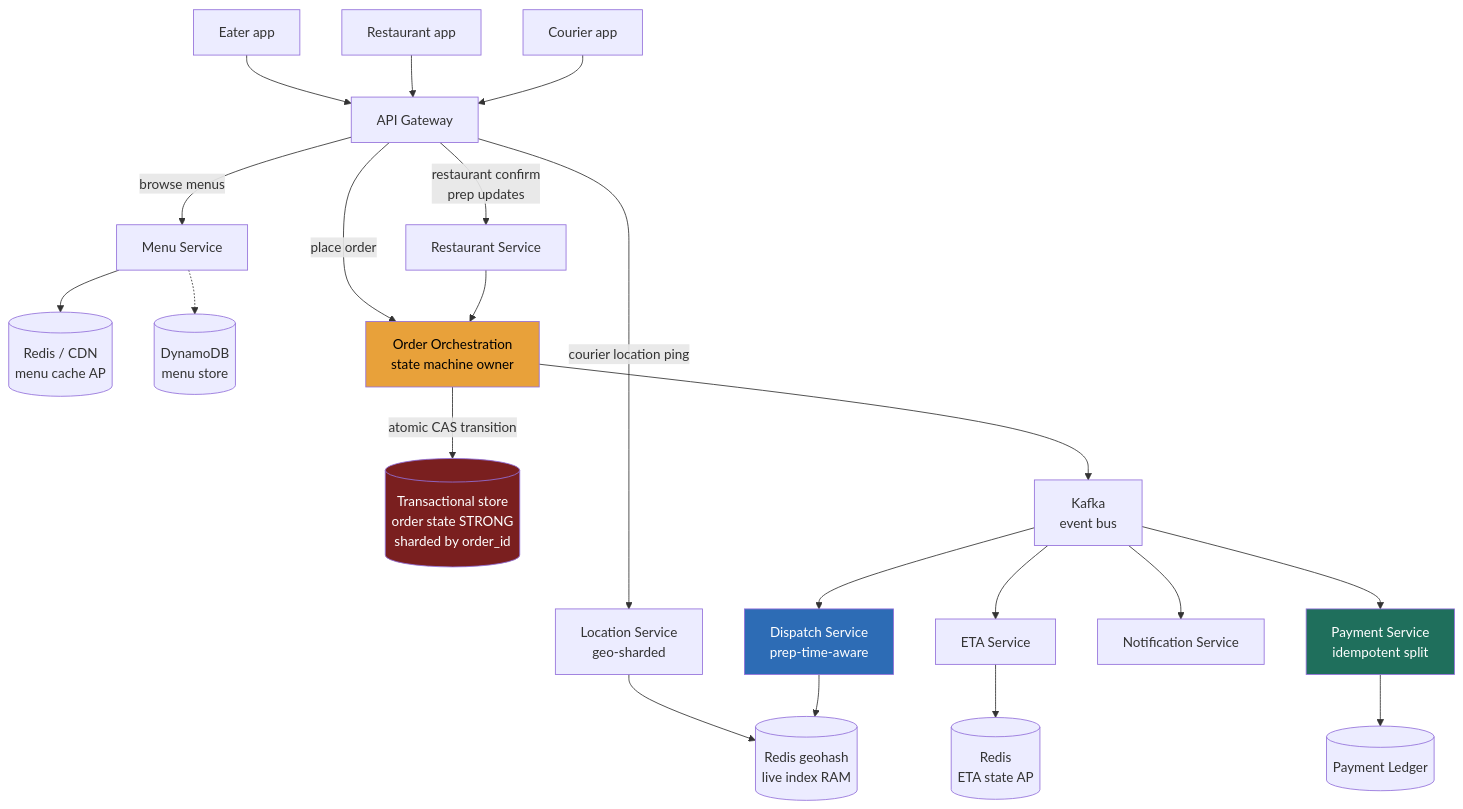
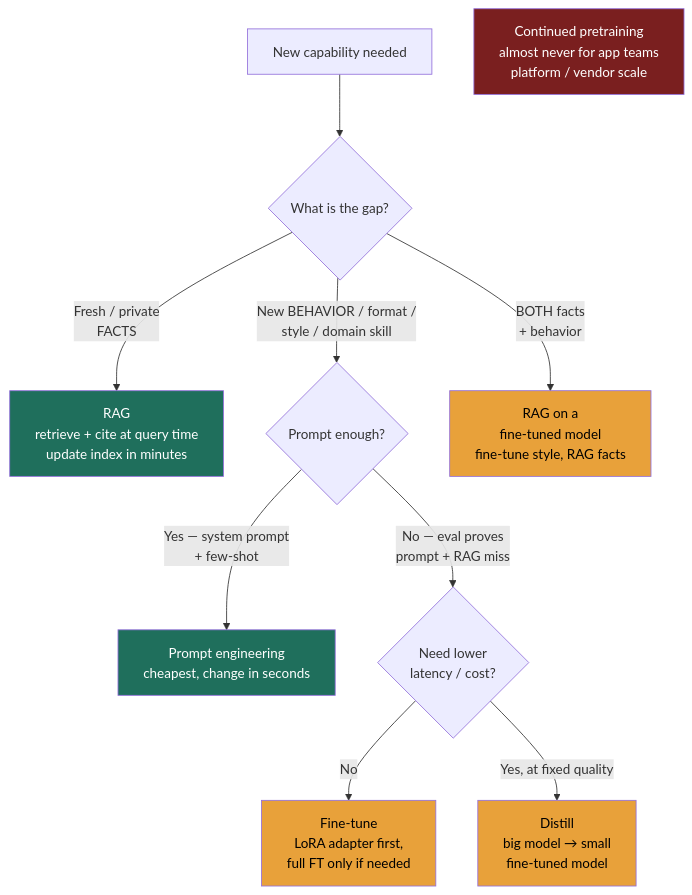
Before and after one commit to hkrathore/sysdesign-course: the diagram in src/content/docs/module-9/lesson-9-5.md, drawn with Mermaid. The commit also changed other lines of this file and 164 other files, not shown here.

````diff
--- a/src/content/docs/module-9/lesson-9-5.md
+++ b/src/content/docs/module-9/lesson-9-5.md
@@ -126,34 +67,23 @@
 ```mermaid
-flowchart TB
-    EATER["Eater app"] --> GW["API Gateway"]
-    REST_APP["Restaurant app"] --> GW
-    COURIER_APP["Courier app"] --> GW
+flowchart TD
+    START[New capability needed] --> Q1{What is the gap?}
 
-    GW -->|"browse menus"| MENU["Menu Service"]
-    MENU --> MENU_CACHE[("Redis / CDN<br/>menu cache AP")]
-    MENU -.-> MENU_DB[("DynamoDB<br/>menu store")]
+    Q1 -->|Fresh / private<br/>FACTS| RAG["RAG<br/>retrieve + cite at query time<br/>update index in minutes"]
+    Q1 -->|New BEHAVIOR / format /<br/>style / domain skill| Q2{Prompt enough?}
+    Q1 -->|BOTH facts<br/>+ behavior| BOTH["RAG on a<br/>fine-tuned model<br/>fine-tune style, RAG facts"]
 
-    GW -->|"place order"| ORCH["Order Orchestration<br/>state machine owner"]
-    ORCH -->|"atomic CAS transition"| ORDER_DB[("Transactional store<br/>order state STRONG<br/>sharded by order_id")]
-    ORCH --> BUS["Kafka<br/>event bus"]
+    Q2 -->|Yes — system prompt<br/>+ few-shot| PROMPT["Prompt engineering<br/>cheapest, change in seconds"]
+    Q2 -->|No — eval proves<br/>prompt + RAG miss| FT{Need lower<br/>latency / cost?}
 
-    GW -->|"restaurant confirm<br/>prep updates"| REST_SVC["Restaurant Service"]
-    REST_SVC --> ORCH
+    FT -->|No| LORA["Fine-tune<br/>LoRA adapter first,<br/>full FT only if needed"]
+    FT -->|Yes, at fixed quality| DISTILL["Distill<br/>big model → small<br/>fine-tuned model"]
 
-    BUS --> DISPATCH["Dispatch Service<br/>prep-time-aware"]
-    BUS --> ETA_SVC["ETA Service"]
-    BUS --> PAY["Payment Service<br/>idempotent split"]
-    BUS --> NOTIFY["Notification Service"]
+    PRETRAIN["Continued pretraining<br/>almost never for app teams<br/>platform / vendor scale"]
 
-    GW -->|"courier location ping"| LOC["Location Service<br/>geo-sharded"]
-    LOC --> LOC_CACHE[("Redis geohash<br/>live index RAM")]
-    DISPATCH --> LOC_CACHE
-
-    PAY --> LEDGER[("Payment Ledger")]
-    ETA_SVC --> ETA_CACHE[("Redis<br/>ETA state AP")]
-
-    style ORDER_DB fill:#7a1f1f,color:#fff
-    style ORCH fill:#e8a13a,color:#000
-    style DISPATCH fill:#2d6cb5,color:#fff
-    style PAY fill:#1f6f5c,color:#fff
+    style PROMPT fill:#1f6f5c,color:#fff
+    style RAG fill:#1f6f5c,color:#fff
+    style BOTH fill:#e8a13a,color:#000
+    style LORA fill:#e8a13a,color:#000
+    style DISTILL fill:#e8a13a,color:#000
+    style PRETRAIN fill:#7a1f1f,color:#fff
 ```
````
